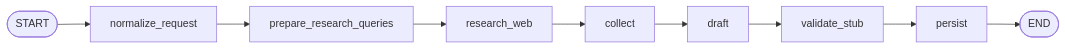
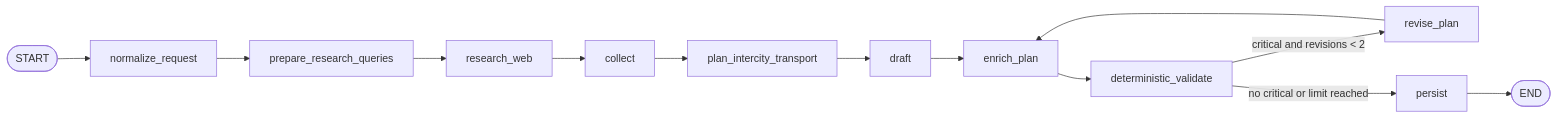
Before and after one commit to Xcaesar1/JourneyOps: the third of 3 diagrams in docs/ARCHITECTURE.md, drawn with Mermaid. The commit also changed other lines of this file and 3 other files, not shown here.

````diff
--- a/docs/ARCHITECTURE.md
+++ b/docs/ARCHITECTURE.md
@@ -104,11 +119,15 @@
 ```mermaid
 flowchart LR
     Start([START]) --> Normalize[normalize_request]
     Normalize --> Prepare[prepare_research_queries]
     Prepare --> Research[research_web]
     Research --> Collect[collect]
-    Collect --> Draft[draft]
-    Draft --> Validate[validate_stub]
-    Validate --> Persist[persist]
+    Collect --> Transport[plan_intercity_transport]
+    Transport --> Draft[draft]
+    Draft --> Enrich[enrich_plan]
+    Enrich --> Validate[deterministic_validate]
+    Validate -->|"critical and revisions < 2"| Revise[revise_plan]
+    Revise --> Enrich
+    Validate -->|"no critical or limit reached"| Persist[persist]
     Persist --> End([END])
 ```
````
